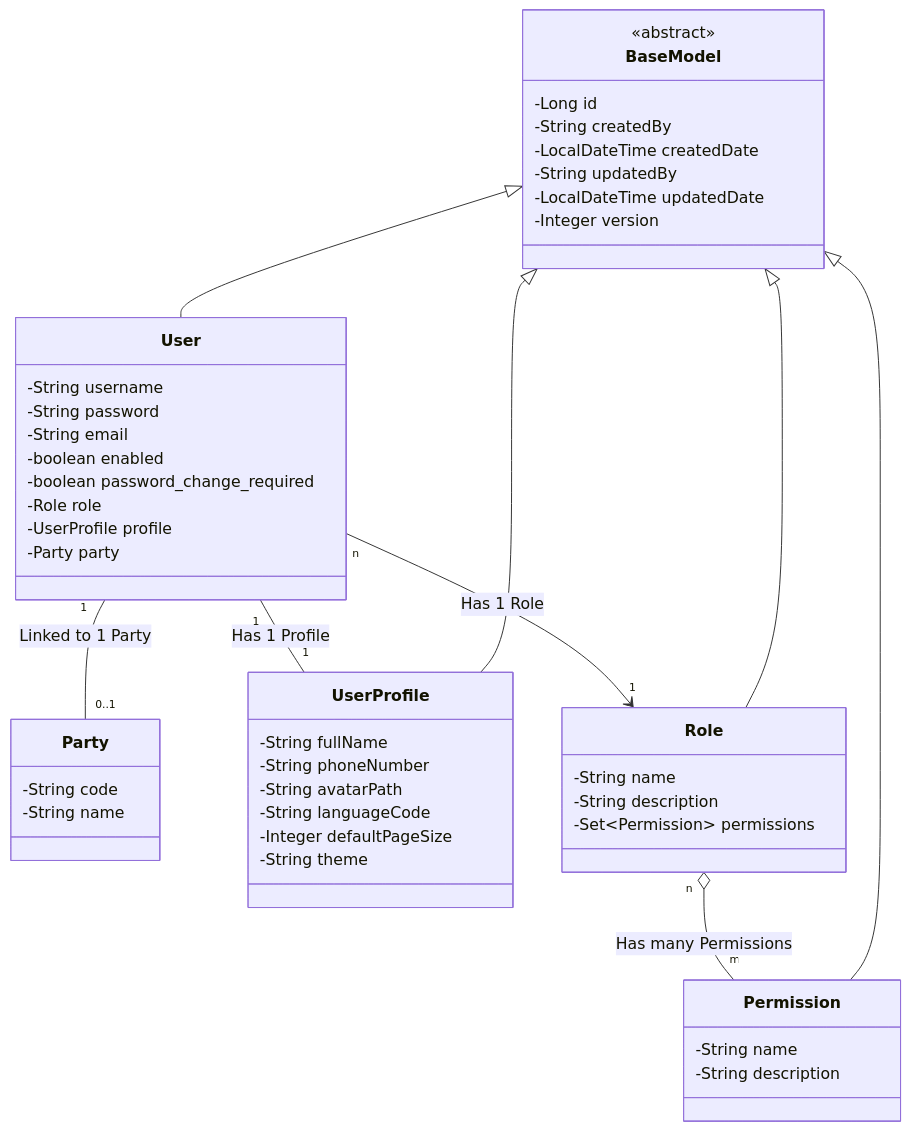
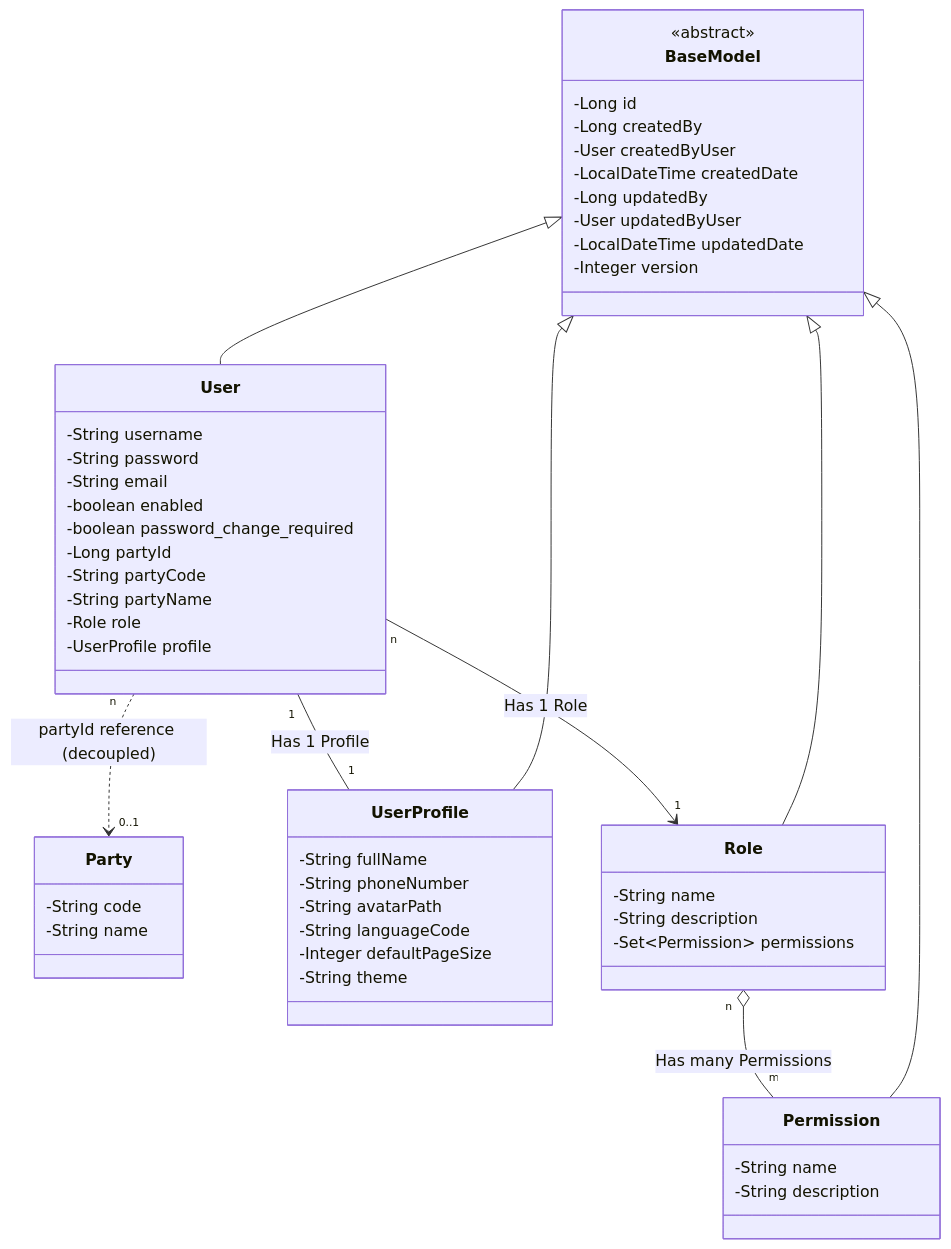
One commit to quenzvezda/solusi-erp changed the diagram in docs/architecture/security-class-diagram.md. Above: the diagram before and after it, drawn with Mermaid. The commit also changed other lines of this file and 1257 other files, not shown here.

First line of the commit message:
refactor: Comprehensive Transition to Clean Architecture, DDD, and CQRS (Vertical Slices) (#9)

````diff
--- a/docs/architecture/security-class-diagram.md
+++ b/docs/architecture/security-class-diagram.md
@@ -7,59 +7,63 @@
 ```mermaid
 classDiagram
     class BaseModel {
         <<abstract>>
         -Long id
-        -String createdBy
+        -Long createdBy
+        -User createdByUser
         -LocalDateTime createdDate
-        -String updatedBy
+        -Long updatedBy
+        -User updatedByUser
         -LocalDateTime updatedDate
         -Integer version
     }
 
     class User {
         -String username
         -String password
         -String email
         -boolean enabled
         -boolean password_change_required
+        -Long partyId
+        -String partyCode
+        -String partyName
         -Role role
         -UserProfile profile
-        -Party party
     }
 
     class Party {
         -String code
         -String name
     }
 
     class UserProfile {
 
         -String fullName
         -String phoneNumber
         -String avatarPath
         -String languageCode
         -Integer defaultPageSize
         -String theme
     }
 
     class Role {
         -String name
         -String description
         -Set~Permission~ permissions
     }
 
     class Permission {
         -String name
         -String description
     }
 
     BaseModel <|-- User
     BaseModel <|-- UserProfile
     BaseModel <|-- Role
     BaseModel <|-- Permission
 
     User "1" -- "1" UserProfile : Has 1 Profile
-    User "1" -- "0..1" Party : Linked to 1 Party
     User "n" --> "1" Role : Has 1 Role
     Role "n" o-- "m" Permission : Has many Permissions
+    User "n" ..> "0..1" Party : partyId reference (decoupled)
 ```
````
